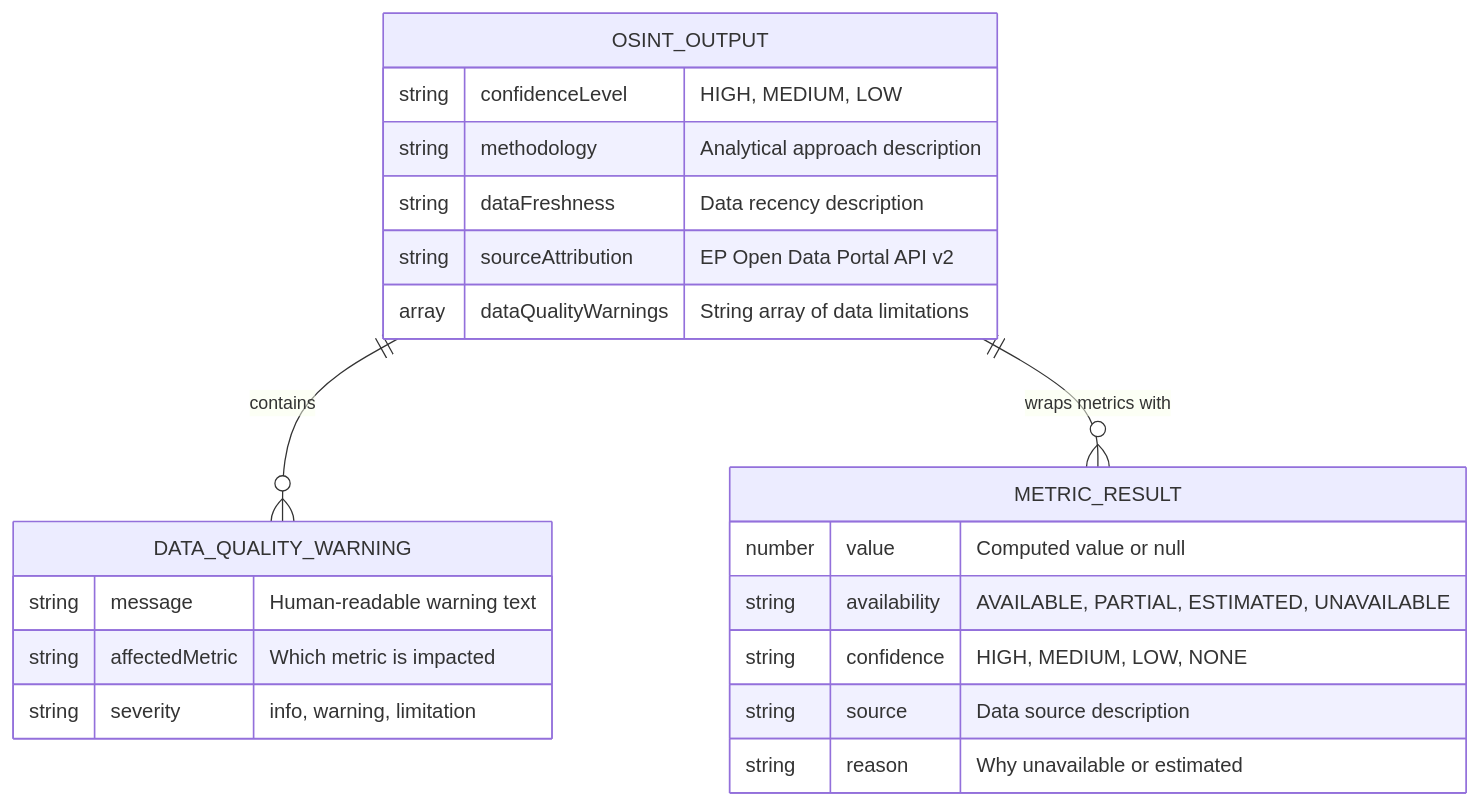
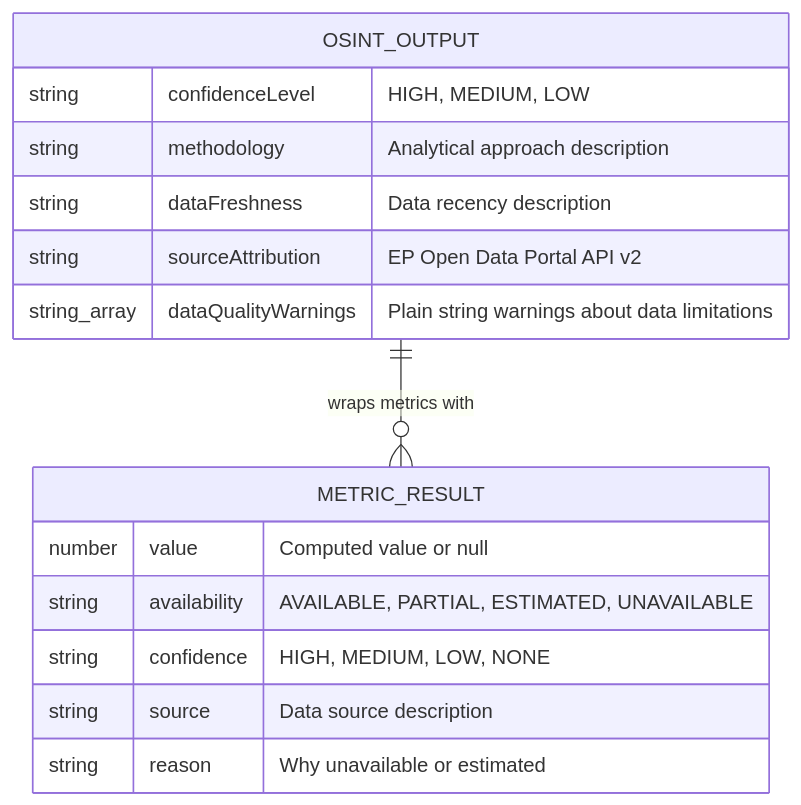
One commit to Hack23/European-Parliament-MCP-Server changed the seventh of 7 diagrams in DATA_MODEL.md. Above: the diagram before and after it, drawn with Mermaid. The commit also changed 3 other files, not shown here.

First line of the commit message:
Address review feedback: fix pagination flow, SC-013, data quality ERD, and ADR-005

````diff
--- a/DATA_MODEL.md
+++ b/DATA_MODEL.md
@@ -383,27 +383,20 @@
 ```mermaid
 erDiagram
     OSINT_OUTPUT {
         string confidenceLevel "HIGH, MEDIUM, LOW"
         string methodology "Analytical approach description"
         string dataFreshness "Data recency description"
         string sourceAttribution "EP Open Data Portal API v2"
-        array dataQualityWarnings "String array of data limitations"
-    }
-
-    DATA_QUALITY_WARNING {
-        string message "Human-readable warning text"
-        string affectedMetric "Which metric is impacted"
-        string severity "info, warning, limitation"
+        string_array dataQualityWarnings "Plain string warnings about data limitations"
     }
 
     METRIC_RESULT {
         number value "Computed value or null"
         string availability "AVAILABLE, PARTIAL, ESTIMATED, UNAVAILABLE"
         string confidence "HIGH, MEDIUM, LOW, NONE"
         string source "Data source description"
         string reason "Why unavailable or estimated"
     }
 
-    OSINT_OUTPUT ||--o{ DATA_QUALITY_WARNING : "contains"
     OSINT_OUTPUT ||--o{ METRIC_RESULT : "wraps metrics with"
 ```
````
